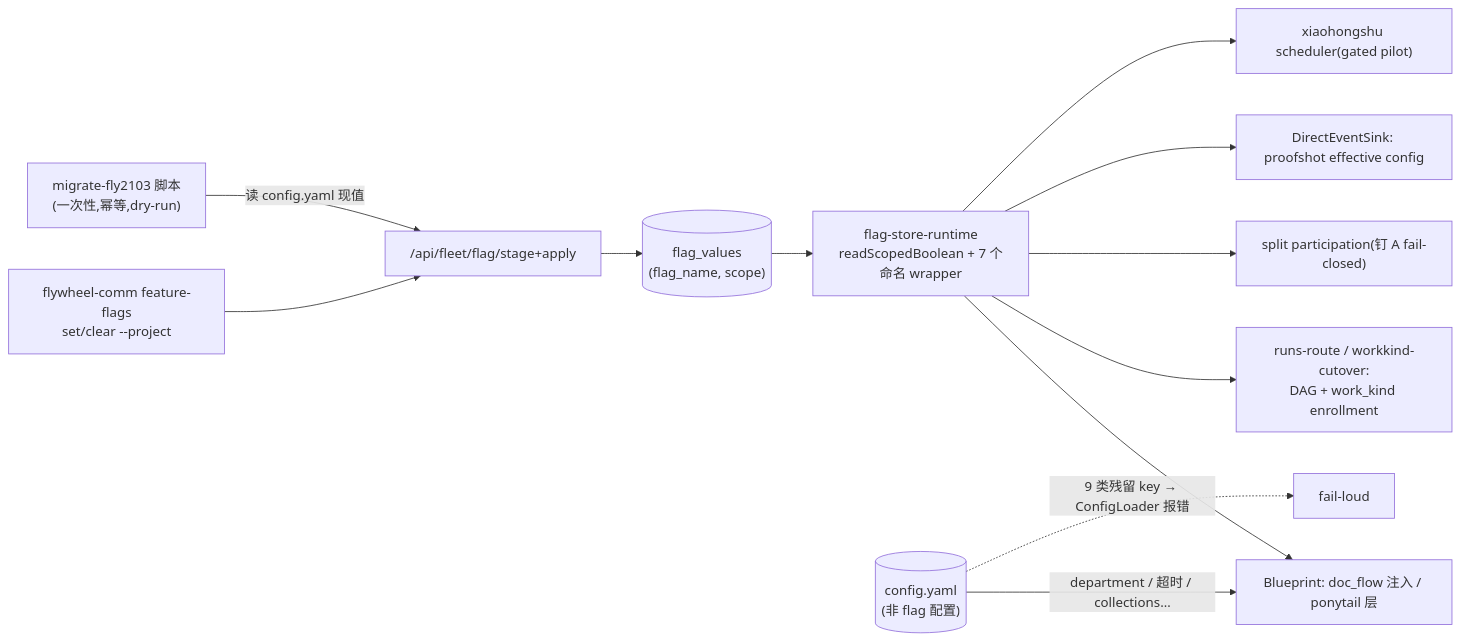
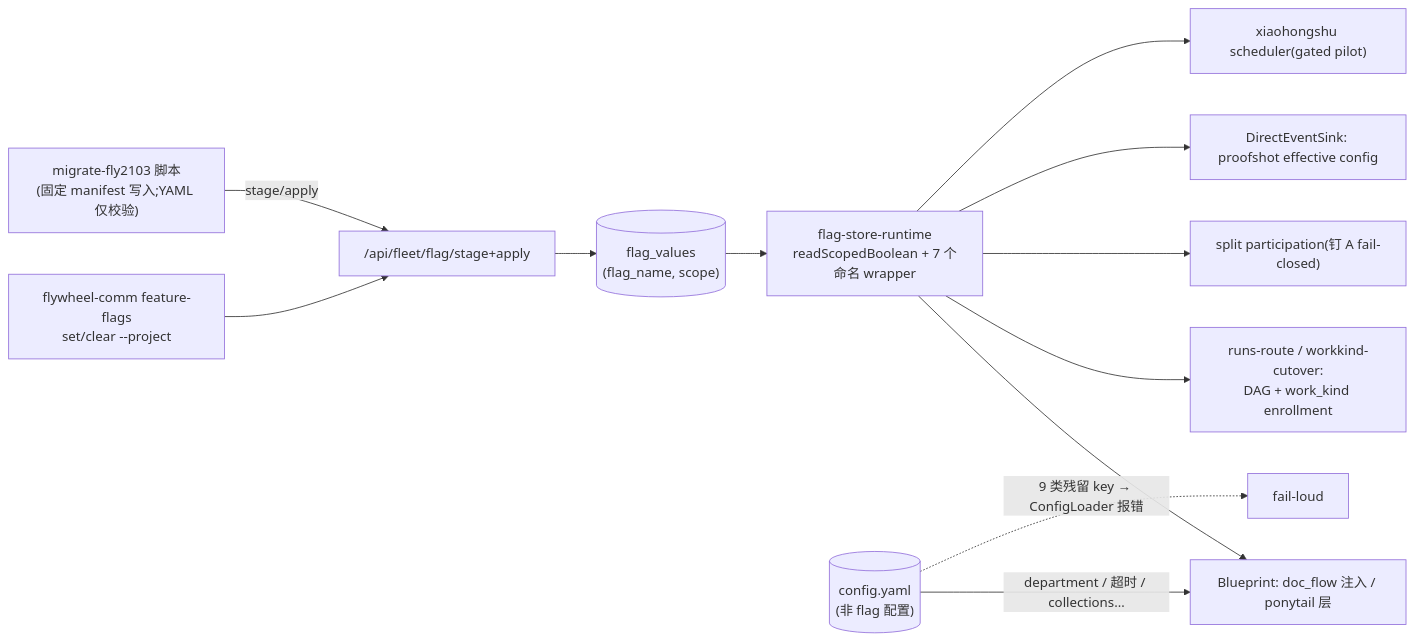
The first of 2 diagrams in engineering/doc/FLY-2103-config-flag-retire/plan.md (xrliAnnie/flywheel-qa-sandbox), drawn with Mermaid before and after one commit. The commit also changed other lines of this file, not shown here.

First line of the commit message:
docs(FLY-2103): address Codex R2 — phase contract + G1 receipt, exact-set gates, xhs readonly wiring, orphan-scope rollback fence

````diff
--- a/engineering/doc/FLY-2103-config-flag-retire/plan.md
+++ b/engineering/doc/FLY-2103-config-flag-retire/plan.md
@@ -39,14 +39,14 @@
 ```mermaid
 flowchart LR
   CLI["flywheel-comm feature-flags<br/>set/clear --project"] --> API["/api/fleet/flag/stage+apply"]
-  MIG["migrate-fly2103 脚本<br/>(一次性,幂等,dry-run)"] -->|"读 config.yaml 现值"| API
+  MIG["migrate-fly2103 脚本<br/>(固定 manifest 写入;YAML 仅校验)"] -->|"stage/apply"| API
   API --> FV[("flag_values<br/>(flag_name, scope)")]
   FV --> RT["flag-store-runtime<br/>readScopedBoolean + 7 个命名 wrapper"]
   RT --> BP["Blueprint: doc_flow 注入 / ponytail 层"]
   RT --> PIPE["runs-route / workkind-cutover:<br/>DAG + work_kind enrollment"]
   RT --> SFP["split participation(钉 A fail-closed)"]
   RT --> PS["DirectEventSink: proofshot effective config"]
   RT --> XHS["xiaohongshu scheduler(gated pilot)"]
   CFG[("config.yaml<br/>(非 flag 配置)")] -->|"department / 超时 / collections…"| BP
   CFG -.->|"9 类残留 key → ConfigLoader 报错"| X["fail-loud"]
 ```
````
